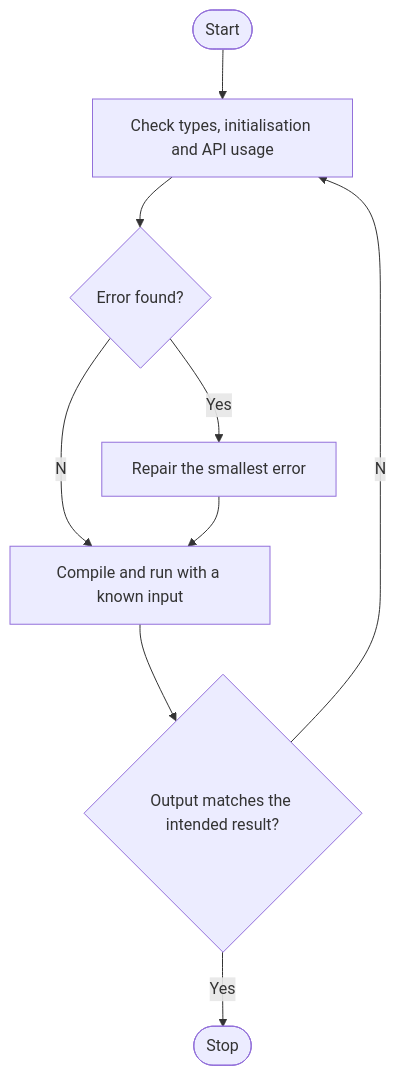
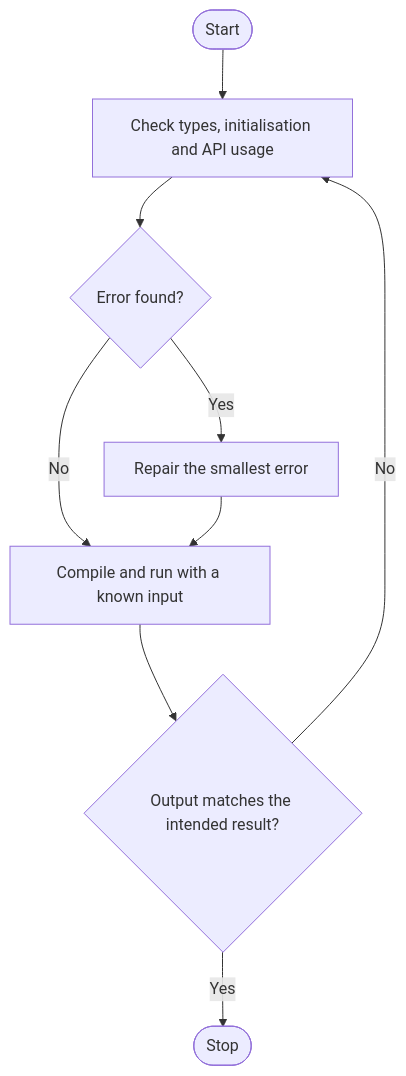
The sixth of 8 diagrams in tutorial-02/answers.md (ed-w58/wix1002-tutorial-2026-s1), drawn with Mermaid before and after one commit. The commit also changed other lines of this file, not shown here.

Commit message:
Add Tutorial 02 answers

````diff
--- a/tutorial-02/answers.md
+++ b/tutorial-02/answers.md
@@ -234,11 +234,11 @@
 ```mermaid
 flowchart TD
     A([Start]) --> B["Check types, initialisation and API usage"]
     B --> C{"Error found?"}
-    C --Yes--> D["Repair the smallest error"]
-    C --No--> E["Compile and run with a known input"]
+    C -- Yes --> D["Repair the smallest error"]
+    C -- No --> E["Compile and run with a known input"]
     D --> E
     E --> F{"Output matches the intended result?"}
-    F --No--> B
-    F --Yes--> G([Stop])
+    F -- No --> B
+    F -- Yes --> G([Stop])
 ```
````
